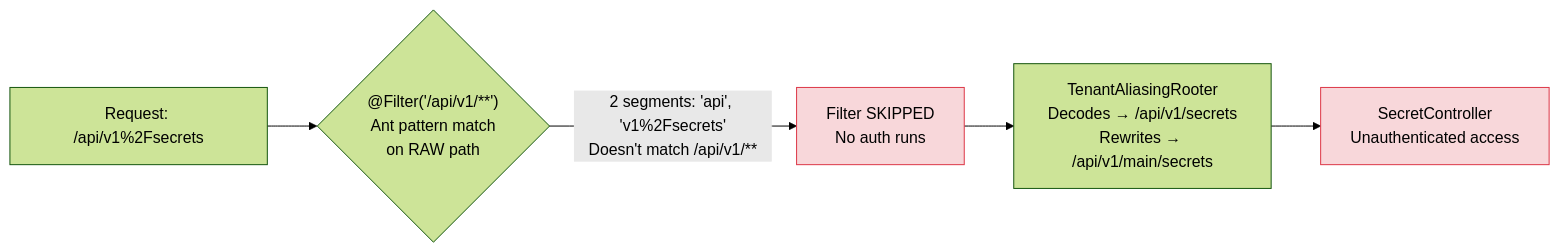
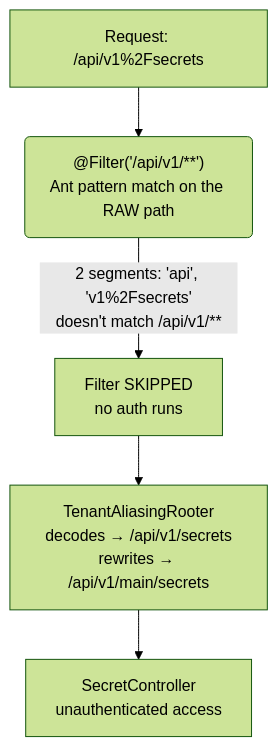
The third of 4 diagrams in src/content/blog/kestra-cve-2026-49869-auth-bypass-rce.md (nithissh7/nithissh7.github.io), drawn with Mermaid (forest theme) before and after one commit. The commit also changed other lines of this file and 9 other files, not shown here.

First line of the commit message:
Content pass: diagrams that fit the reading column, labelled code, cleaner structure

````diff
--- a/src/content/blog/kestra-cve-2026-49869-auth-bypass-rce.md
+++ b/src/content/blog/kestra-cve-2026-49869-auth-bypass-rce.md
@@ -464,10 +461,9 @@
 ```mermaid
-flowchart LR
-    A["Request: /api/v1%2Fsecrets"] --> B{"@Filter('/api/v1/**')\nAnt pattern match\non RAW path"}
-    B -- "2 segments: 'api', 'v1%2Fsecrets'\nDoesn't match /api/v1/**" --> C["Filter SKIPPED\nNo auth runs"]
-    C --> D["TenantAliasingRooter\nDecodes → /api/v1/secrets\nRewrites → /api/v1/main/secrets"]
-    D --> E["SecretController\nUnauthenticated access"]
+flowchart TD
+    A["Request: /api/v1%2Fsecrets"] --> B("@Filter('/api/v1/**')<br/>Ant pattern match on the RAW path")
+    B -- "2 segments: 'api', 'v1%2Fsecrets'<br/>doesn't match /api/v1/**" --> C["Filter SKIPPED<br/>no auth runs"]
+    C --> D["TenantAliasingRooter<br/>decodes → /api/v1/secrets<br/>rewrites → /api/v1/main/secrets"]
+    D --> E["SecretController<br/>unauthenticated access"]
 
-    style C fill:#f8d7da,stroke:#dc3545
-    style E fill:#f8d7da,stroke:#dc3545
+    class C,E bug
 ```
````
